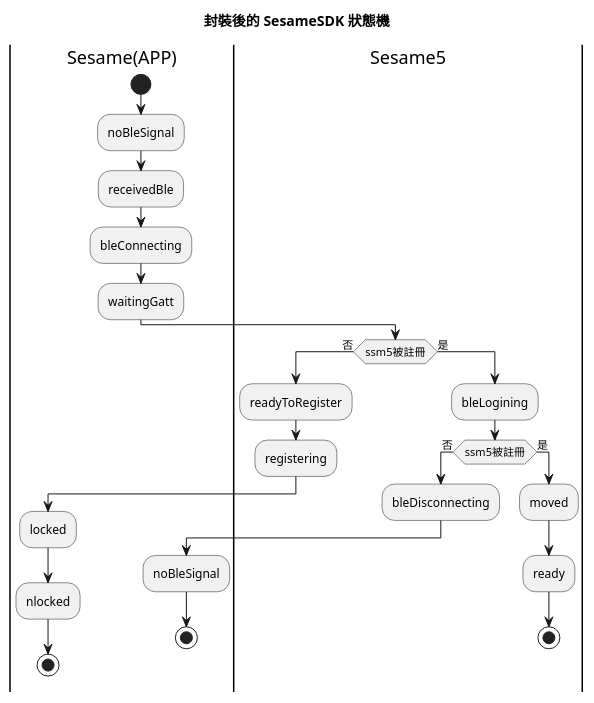
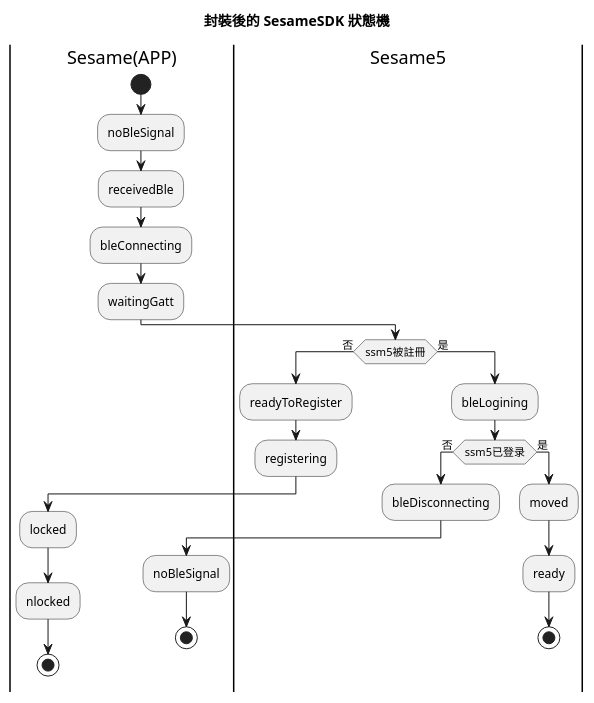
One commit to CANDY-HOUSE/.github changed the diagram in profile/uml/uml_input/p08_statemechine.plantuml. Above: the diagram before and after it, drawn with PlantUML. The commit also changed 1 other file, not shown here.

```diff
--- a/profile/uml/uml_input/p08_statemechine.plantuml
+++ b/profile/uml/uml_input/p08_statemechine.plantuml
@@ -1,37 +1,38 @@
 @startuml
 title 封裝後的 SesameSDK 狀態機 
 
 |Sesame(APP)|
 start 
 :noBleSignal;
 :receivedBle;
 :bleConnecting;
 :waitingGatt;
+
 |Sesame5|
 if(ssm5被註冊) then (否)
   :readyToRegister;
   :registering;
   
   |Sesame(APP)|
   :locked;
   :nlocked;
   stop
 else (是)
   |Sesame5|
   :bleLogining;
 	
-	if(ssm5被註冊) then (否)
+	if(ssm5已登录) then (否)
 	:bleDisconnecting;
   |Sesame(APP)|
 
 	:noBleSignal;
 stop
 	else (是)
 	|Sesame5|
 	  :moved;
 		:ready;
 
   stop
 endif
 
 @enduml
```
